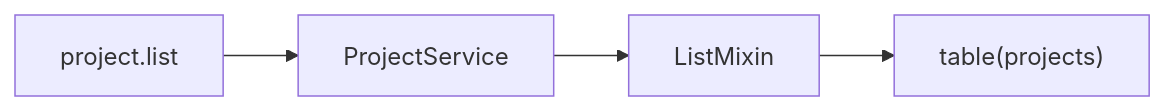
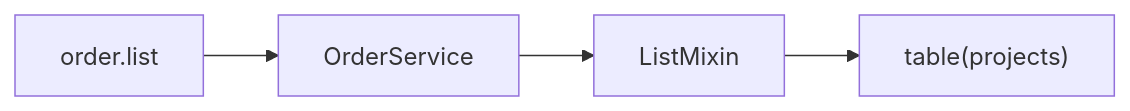
Before and after one commit to PioniaPHP-project/pionia-docs: the diagram in content/docs/documentation/building-api/generic-services.md, drawn with Mermaid. The commit also changed other lines of this file and 268 other files, not shown here.

```diff
--- a/content/docs/documentation/building-api/generic-services.md
+++ b/content/docs/documentation/building-api/generic-services.md
@@ -39,6 +39,6 @@
 {{< mermaid >}}
 flowchart LR
-  JSON["project.list"] --> Generic[ProjectService]
+  JSON["order.list"] --> Generic[OrderService]
   Generic --> Mixin[ListMixin]
   Mixin --> Porm["table(projects)"]
 {{< /mermaid >}}
```
